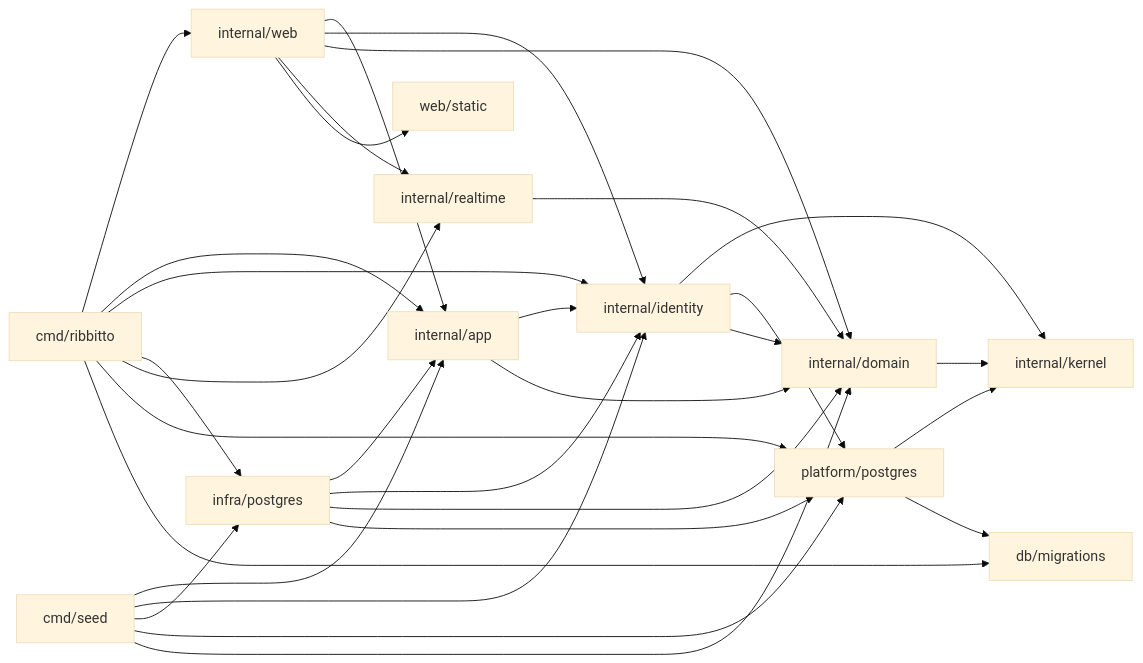
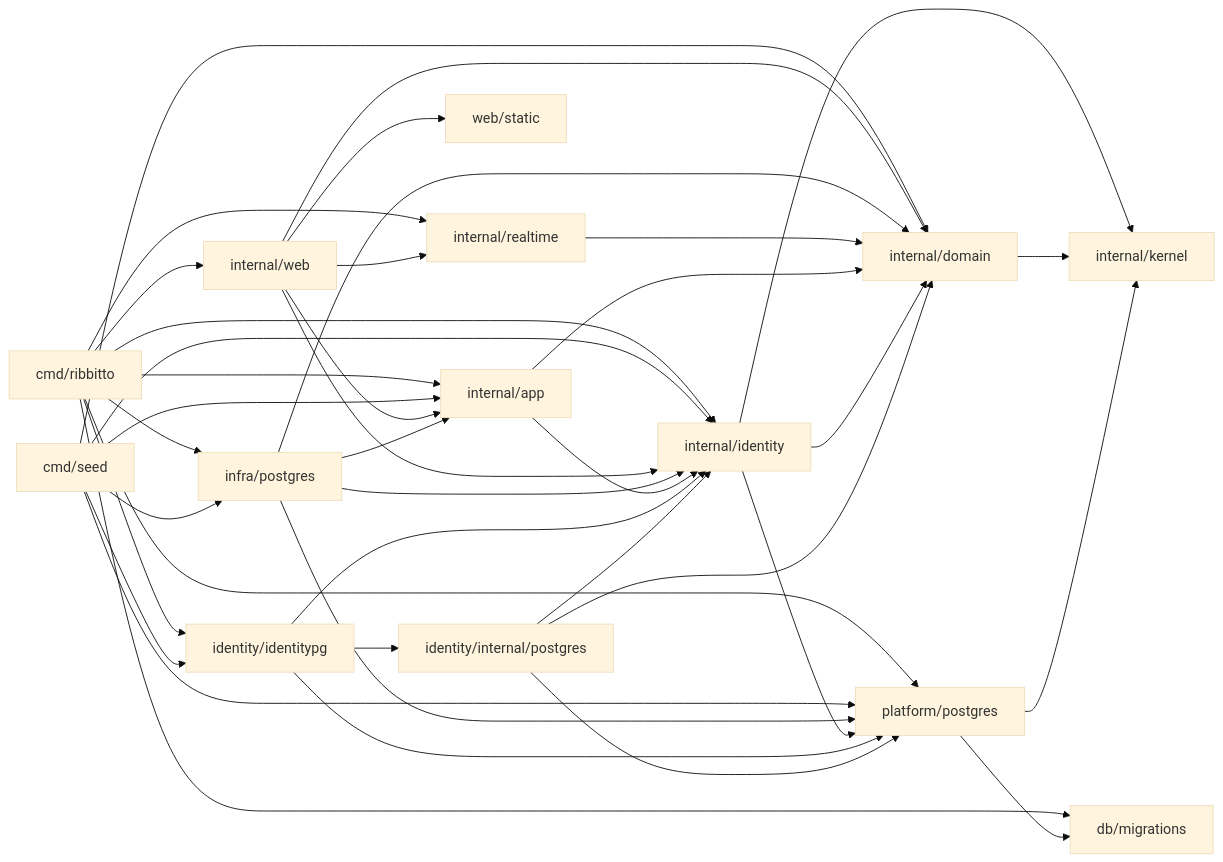
Before and after one commit to tkakkie/ribbitto: the diagram in docs/architecture/packages.md, drawn with Mermaid (base theme). The commit also changed other lines of this file and 37 other files, not shown here.

````diff
--- a/docs/architecture/packages.md
+++ b/docs/architecture/packages.md
@@ -60,12 +62,14 @@
 ```mermaid
 flowchart LR
-  cmd[cmd/ribbitto] --> web & app & identity & postgres[infra/postgres] & realtime & platform[platform/postgres] & migrations[db/migrations]
-  seed[cmd/seed] --> app & identity & postgres & platform & domain
+  cmd[cmd/ribbitto] --> web & app & identity & identitypg[identity/identitypg] & postgres[infra/postgres] & realtime & platform[platform/postgres] & migrations[db/migrations]
+  seed[cmd/seed] --> app & identity & identitypg & postgres & platform & domain
   web[internal/web] --> app & identity & domain & realtime & static[web/static]
   postgres --> app & identity & domain & platform
   realtime[internal/realtime] --> domain
   app[internal/app] --> identity & domain[internal/domain]
   identity[internal/identity] --> kernel & platform & domain
+  identitypg --> identity & store[identity/internal/postgres] & platform
+  store --> identity & platform & domain
   domain --> kernel[internal/kernel]
   platform --> kernel & migrations
 ```
````
